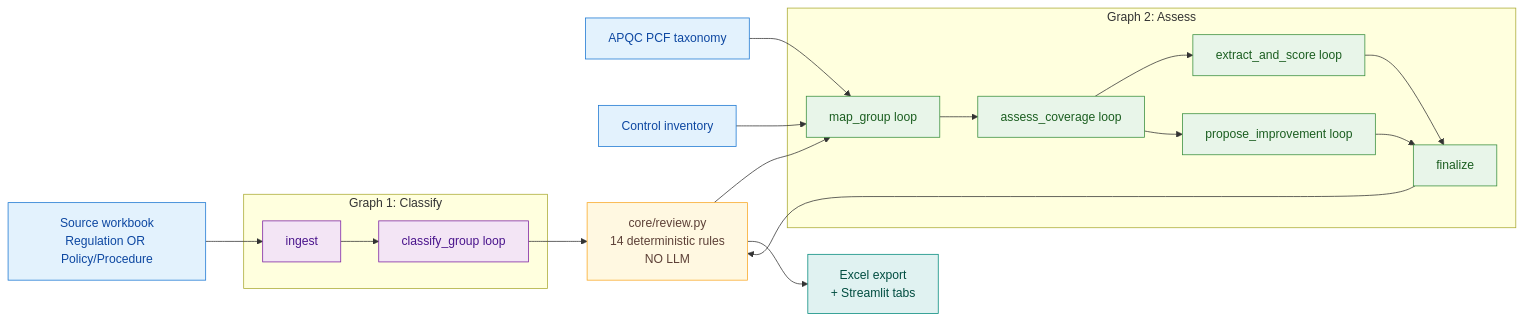
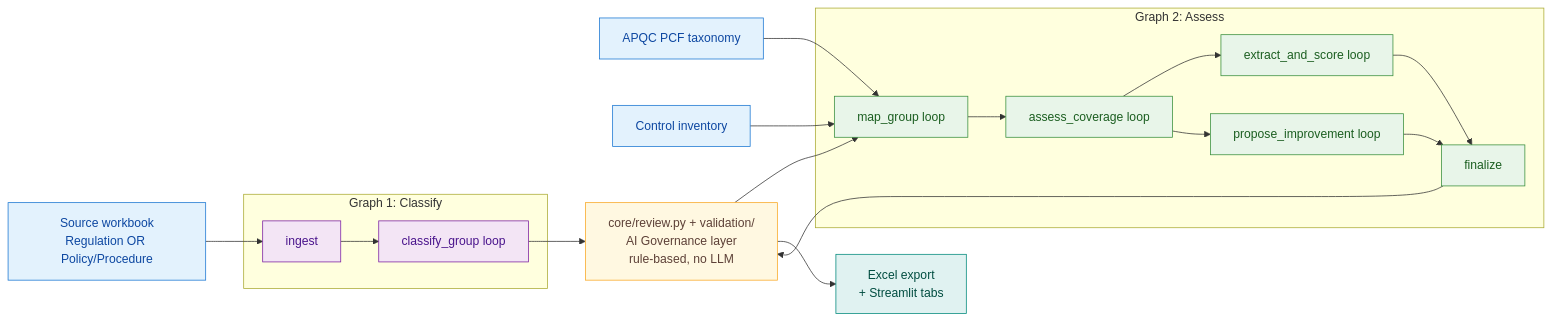
Before and after one commit to NicolasJorquera-code/Regulation-Control-Mapping: the diagram in README.md, drawn with Mermaid. The commit also changed other lines of this file and 22 other files, not shown here.

First line of the commit message:
docs: reframe deterministic checks as AI Governance

````diff
--- a/README.md
+++ b/README.md
@@ -30,41 +32,41 @@
 ```mermaid
 flowchart LR
     classDef ext  fill:#e3f2fd,color:#0d47a1,stroke:#1976d2
     classDef g1   fill:#f3e5f5,color:#4a148c,stroke:#7b1fa2
     classDef g2   fill:#e8f5e9,color:#1b5e20,stroke:#388e3c
     classDef rev  fill:#fff8e1,color:#5d4037,stroke:#f9a825
     classDef out  fill:#e0f2f1,color:#004d40,stroke:#00897b
 
     SRC[Source workbook<br/>Regulation OR Policy/Procedure]:::ext
     APQC[APQC PCF taxonomy]:::ext
     CTRL[Control inventory]:::ext
 
     subgraph G1[Graph 1: Classify]
         I1[ingest]:::g1
         C1[classify_group loop]:::g1
     end
 
     subgraph G2[Graph 2: Assess]
         M2[map_group loop]:::g2
         CV2[assess_coverage loop]:::g2
         R2[extract_and_score loop]:::g2
         IM2[propose_improvement loop]:::g2
         F2[finalize]:::g2
     end
 
-    REV[core/review.py<br/>14 deterministic rules<br/>NO LLM]:::rev
+    REV[core/review.py + validation/<br/>AI Governance layer<br/>rule-based, no LLM]:::rev
 
     SRC --> I1
     I1 --> C1
     C1 --> REV
     REV --> M2
     APQC --> M2
     CTRL --> M2
     M2 --> CV2
     CV2 --> R2
     CV2 --> IM2
     R2 --> F2
     IM2 --> F2
     F2 --> REV
     REV --> OUT[Excel export<br/>+ Streamlit tabs]:::out
 ```
````
